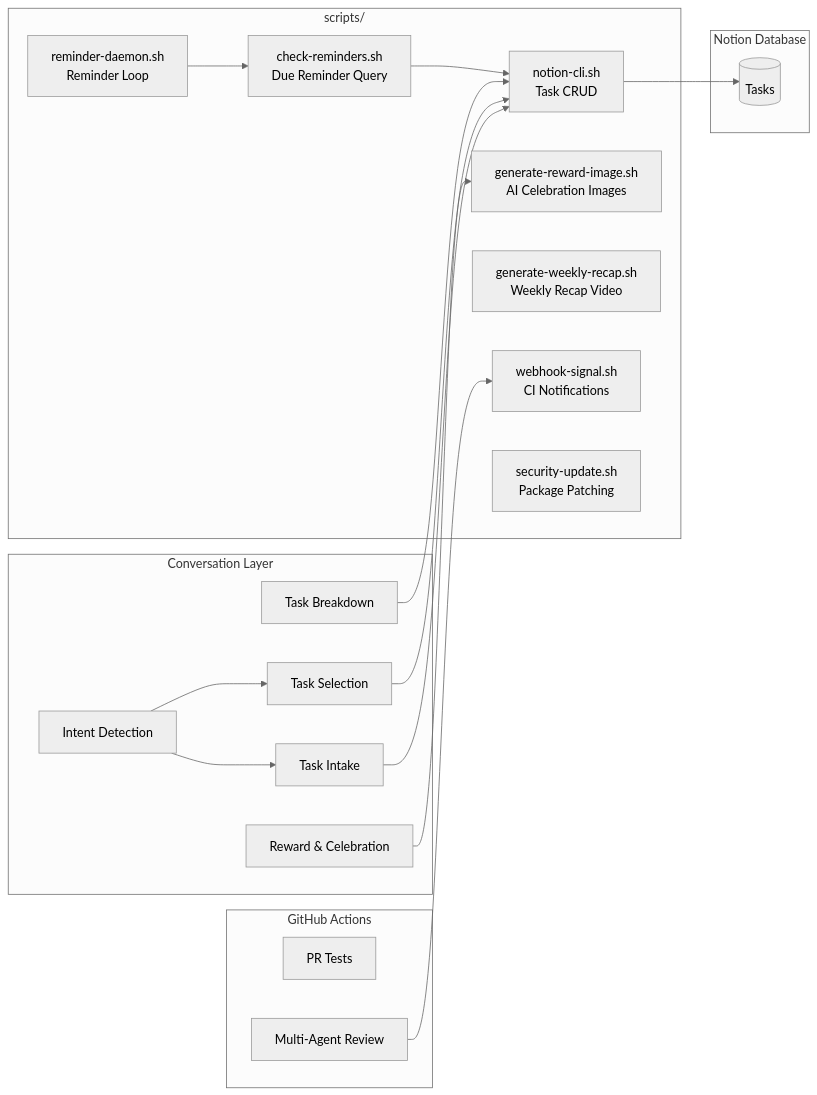
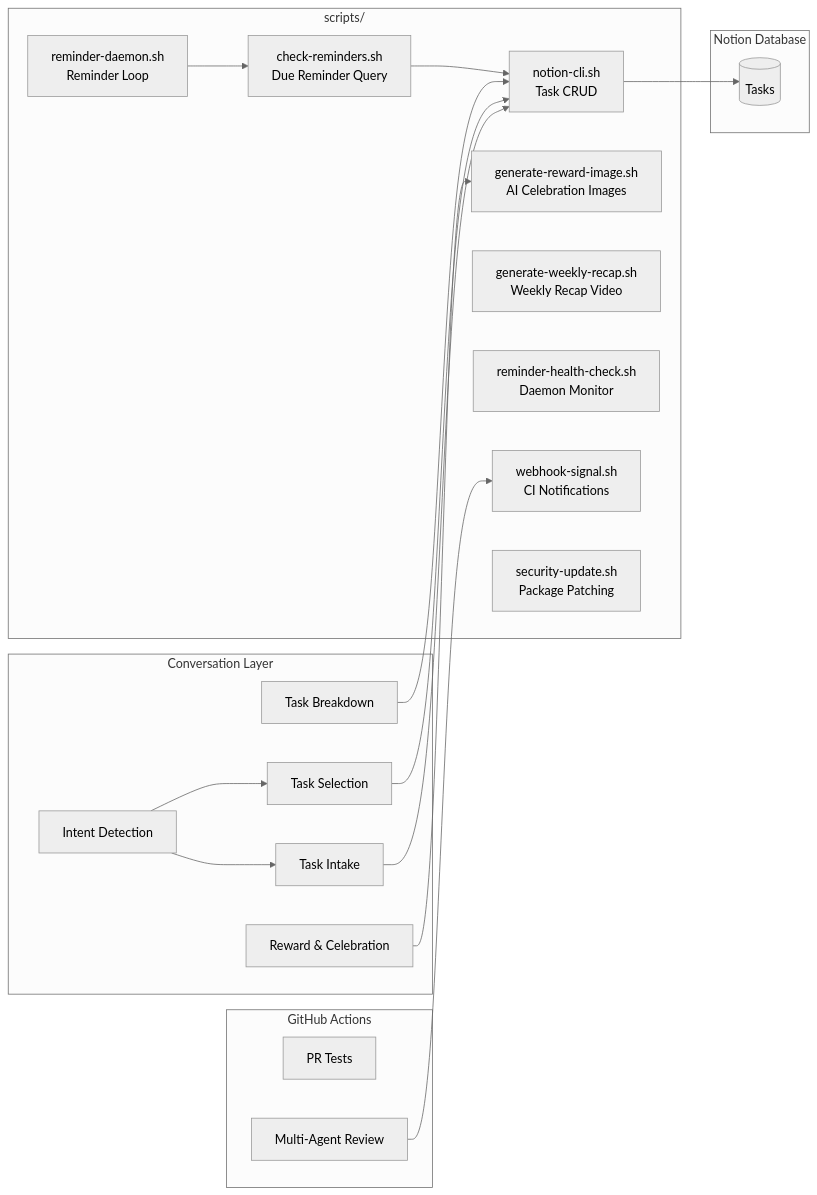
One commit to NickBorgersProbably/hide-my-list changed the second of 6 diagrams in docs/architecture.md. Above: the diagram before and after it, drawn with Mermaid (neutral theme). The commit also changed other lines of this file and 1 other file, not shown here.

````diff
--- a/docs/architecture.md
+++ b/docs/architecture.md
@@ -60,40 +60,41 @@
 ```mermaid
 flowchart LR
     subgraph Prompts["Conversation Layer"]
         Intent[Intent Detection]
         Intake[Task Intake]
         Selection[Task Selection]
         Breakdown[Task Breakdown]
         Reward[Reward & Celebration]
     end
 
     subgraph Scripts["scripts/"]
         NotionCLI[notion-cli.sh<br/>Task CRUD]
         RewardImg[generate-reward-image.sh<br/>AI Celebration Images]
         RecapVid[generate-weekly-recap.sh<br/>Weekly Recap Video]
         ReminderDaemon[reminder-daemon.sh<br/>Reminder Loop]
         ReminderCheck[check-reminders.sh<br/>Due Reminder Query]
+        HealthCheck[reminder-health-check.sh<br/>Daemon Monitor]
         WebhookSig[webhook-signal.sh<br/>CI Notifications]
         SecUpdate[security-update.sh<br/>Package Patching]
     end
 
     subgraph Storage["Notion Database"]
         Tasks[(Tasks)]
     end
 
     subgraph CI["GitHub Actions"]
         PRTests[PR Tests]
         Review[Multi-Agent Review]
     end
 
     Intent --> Intake
     Intent --> Selection
     Intake --> NotionCLI
     Selection --> NotionCLI
     NotionCLI --> Tasks
     Breakdown --> NotionCLI
     Reward --> RewardImg
     ReminderDaemon --> ReminderCheck
     ReminderCheck --> NotionCLI
     Review --> WebhookSig
 ```
````
